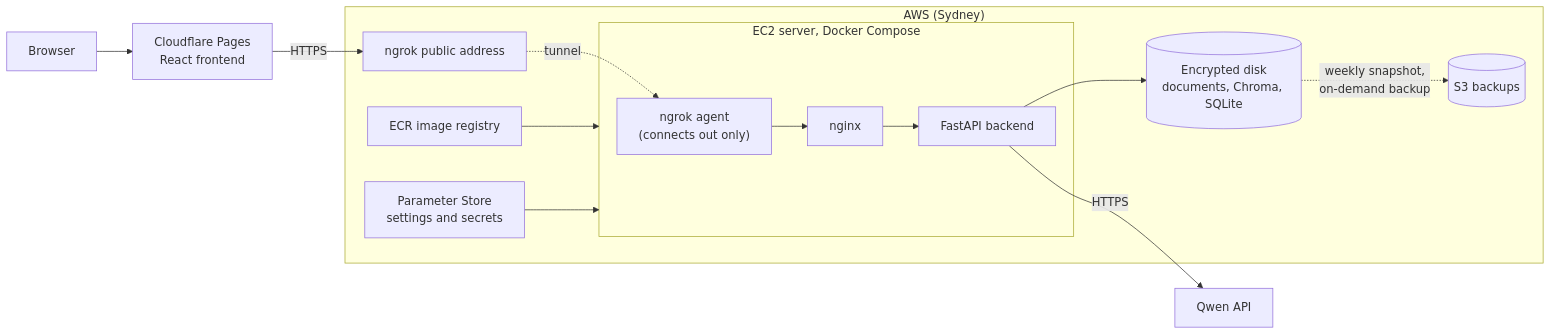
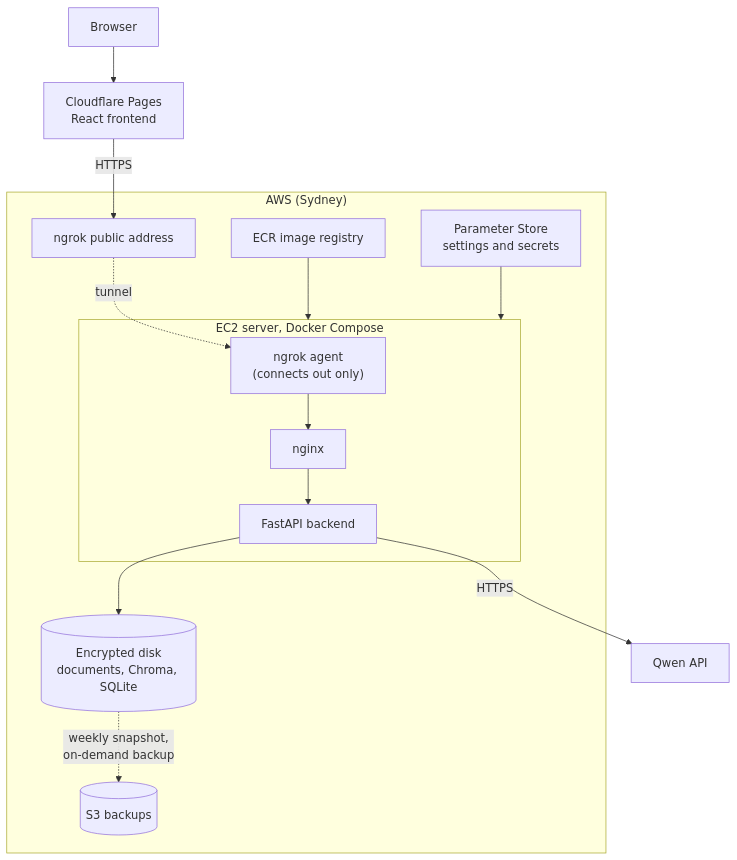
The second of 3 diagrams in README.md (lokolokk/personal-rag-assistant), drawn with Mermaid before and after one commit.

Commit message:
docs: make the runtime diagram top-down

````diff
--- a/README.md
+++ b/README.md
@@ -55,19 +55,19 @@
 ```mermaid
-flowchart LR
+flowchart TD
     User["Browser"] --> Pages["Cloudflare Pages<br/>React frontend"]
     Pages -->|HTTPS| Public["ngrok public address"]
 
     subgraph AWS["AWS (Sydney)"]
         subgraph Server["EC2 server, Docker Compose"]
             Agent["ngrok agent<br/>(connects out only)"] --> Proxy["nginx"]
             Proxy --> Backend["FastAPI backend"]
         end
         Public -.->|tunnel| Agent
         Backend --> Disk[("Encrypted disk<br/>documents, Chroma, SQLite")]
         Registry["ECR image registry"] --> Server
         Params["Parameter Store<br/>settings and secrets"] --> Server
         Disk -.->|weekly snapshot,<br/>on-demand backup| Backups[("S3 backups")]
     end
 
     Backend -->|HTTPS| Model["Qwen API"]
 ```
````
